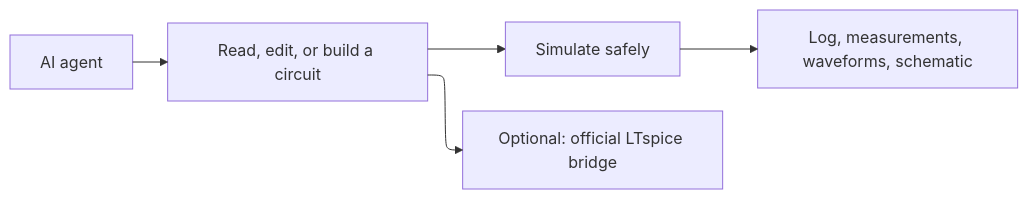
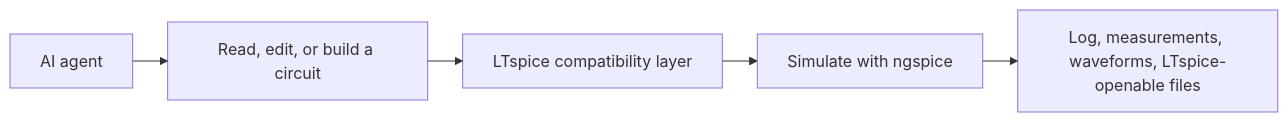
The diagram in .kiro/steering/product.md (sohampatwardhan/openspice-mcp), drawn with Mermaid before and after one commit. The commit also changed other lines of this file and 4 other files, not shown here.

First line of the commit message:
docs(spec): make ngspice the sole engine with LTspice file fidelity

````diff
--- a/.kiro/steering/product.md
+++ b/.kiro/steering/product.md
@@ -21,11 +21,11 @@
 ```mermaid
 ---
 config:
   layout: elk
 ---
 flowchart LR
   agent["AI agent"] --> job["Read, edit, or build a circuit"]
-  job --> simulate["Simulate safely"]
-  simulate --> outcome["Log, measurements, waveforms, schematic"]
-  job --> bridge["Optional: official LTspice bridge"]
+  job --> compat["LTspice compatibility layer"]
+  compat --> simulate["Simulate with ngspice"]
+  simulate --> outcome["Log, measurements, waveforms, LTspice-openable files"]
 ```
````
